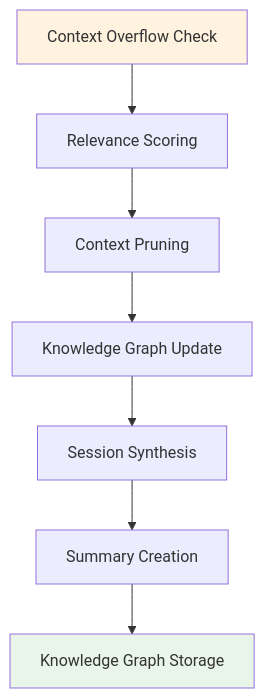
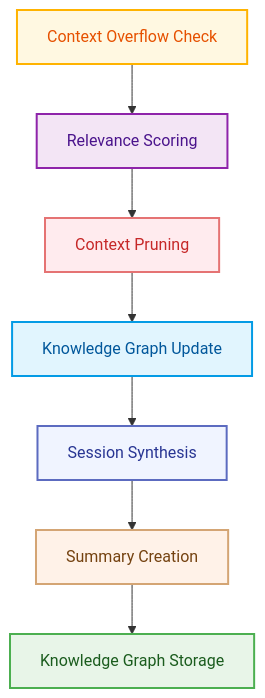
Before and after one commit to raphaelmansuy/digital_palace: the third of 17 diagrams in reference/technical-articles/2025-06-29-context-management-llm-agents.md, drawn with Mermaid. The commit also changed other lines of this file, not shown here.

Commit message:
feat: enhance flowchart styles for improved visual clarity and consistency

````diff
--- a/reference/technical-articles/2025-06-29-context-management-llm-agents.md
+++ b/reference/technical-articles/2025-06-29-context-management-llm-agents.md
@@ -91,12 +100,17 @@
 ```mermaid
 flowchart TD
     A[Context Overflow Check] --> B[Relevance Scoring]
     B --> C[Context Pruning]
     C --> D[Knowledge Graph Update]
     D --> E[Session Synthesis]
     E --> F[Summary Creation]
     F --> G[Knowledge Graph Storage]
     
-    style A fill:#fff3e0
-    style G fill:#e8f5e8
+    style A fill:#FFF8E1,stroke:#FFB300,stroke-width:2px,color:#E65100
+    style B fill:#F3E5F5,stroke:#8E24AA,stroke-width:2px,color:#4A148C
+    style C fill:#FFEBEE,stroke:#E57373,stroke-width:2px,color:#C62828
+    style D fill:#E1F5FE,stroke:#039BE5,stroke-width:2px,color:#01579B
+    style E fill:#F0F4FF,stroke:#5C6BC0,stroke-width:2px,color:#283593
+    style F fill:#FFF2E8,stroke:#D4A574,stroke-width:2px,color:#744210
+    style G fill:#E8F5E8,stroke:#4CAF50,stroke-width:2px,color:#1B5C1E
 ```
````
